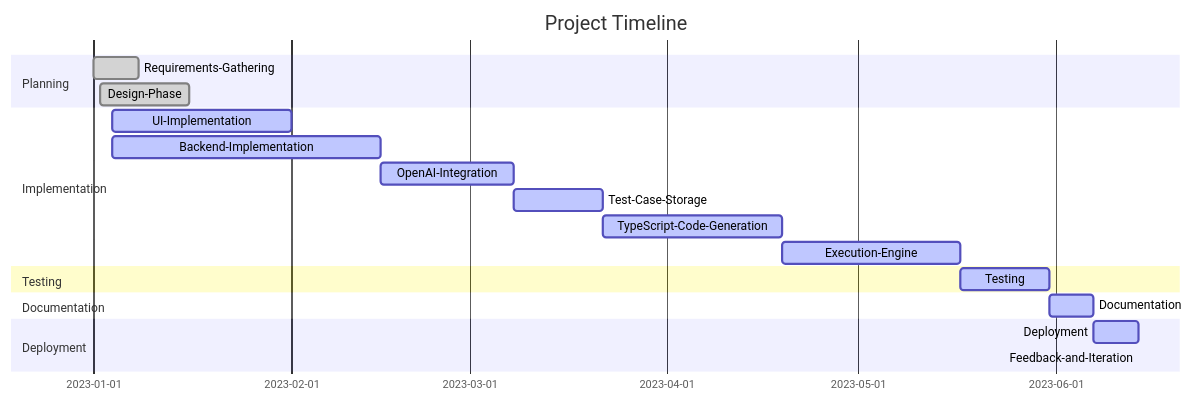
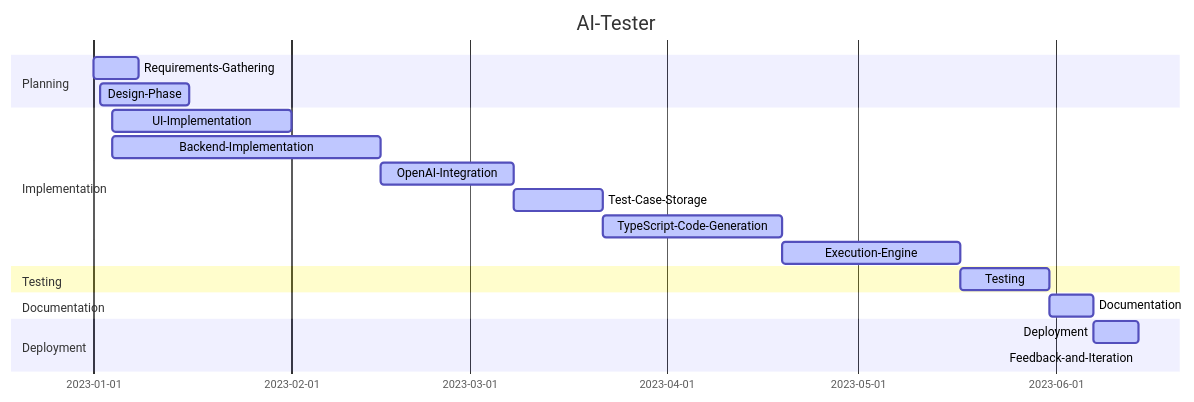
Before and after one commit to tcsteamb/TCS-Hackathon2023: the second of 2 diagrams in Documentation/Architecture.md, drawn with Mermaid.

````diff
--- a/Documentation/Architecture.md
+++ b/Documentation/Architecture.md
@@ -137,22 +137,22 @@
 ```mermaid
 gantt
-    title Project Timeline
+    title AI-Tester
     dateFormat  YYYY-MM-DD
     section Planning
-    Requirements-Gathering         :done, 2023-01-01, 1w
-    Design-Phase                   :done, 2023-01-02, 2w
+    Requirements-Gathering         :active, 2023-01-01, 1w
+    Design-Phase                   :active, 2023-01-02, 2w
     section Implementation
     UI-Implementation              :active, 2023-01-04, 4w
     Backend-Implementation         :active, 2023-01-04, 6w
     OpenAI-Integration             :active, 3w
     Test-Case-Storage              :active, 2w
     TypeScript-Code-Generation     :active, 4w
     Execution-Engine               :active, 4w
     section Testing
     Testing                        :active, 2w
     section Documentation
     Documentation                  :active, 1w
     section Deployment
     Deployment                     :active, 1w
     Feedback-and-Iteration         :active, ongoing
 ```
````
